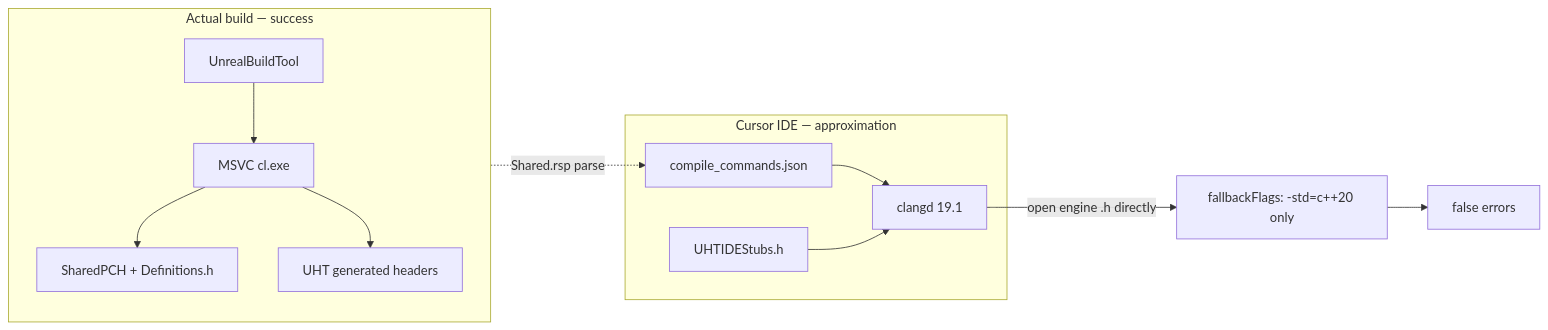
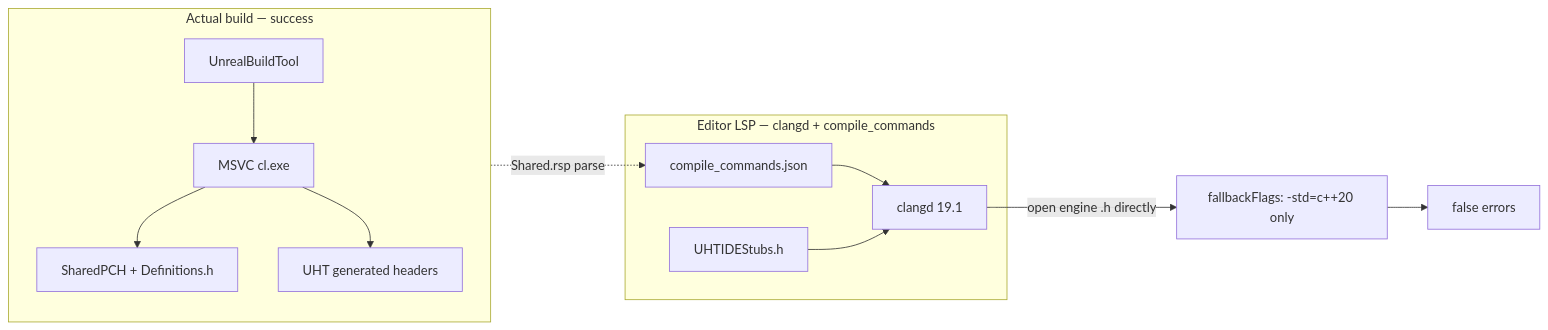
Before and after one commit to Parkyongseok1120/unreal-intellisense-cursor: the first of 4 diagrams in docs/ue-clangd-error-analysis.en.md, drawn with Mermaid. The commit also changed other lines of this file and 3 other files, not shown here.

````diff
--- a/docs/ue-clangd-error-analysis.en.md
+++ b/docs/ue-clangd-error-analysis.en.md
@@ -29,24 +29,24 @@
 ```mermaid
 flowchart LR
   subgraph build [Actual build — success]
     UBT[UnrealBuildTool]
     MSVC[MSVC cl.exe]
     PCH[SharedPCH + Definitions.h]
     UHT[UHT generated headers]
     UBT --> MSVC
     MSVC --> PCH
     MSVC --> UHT
   end
 
-  subgraph ide [Cursor IDE — approximation]
+  subgraph ide [Editor LSP — clangd + compile_commands]
     CC[compile_commands.json]
     Clangd[clangd 19.1]
     Stubs[UHTIDEStubs.h]
     CC --> Clangd
     Stubs --> Clangd
   end
 
   build -.->|"Shared.rsp parse"| CC
   Clangd -->|"open engine .h directly"| Fallback["fallbackFlags: -std=c++20 only"]
   Fallback --> Errors[false errors]
 ```
````
